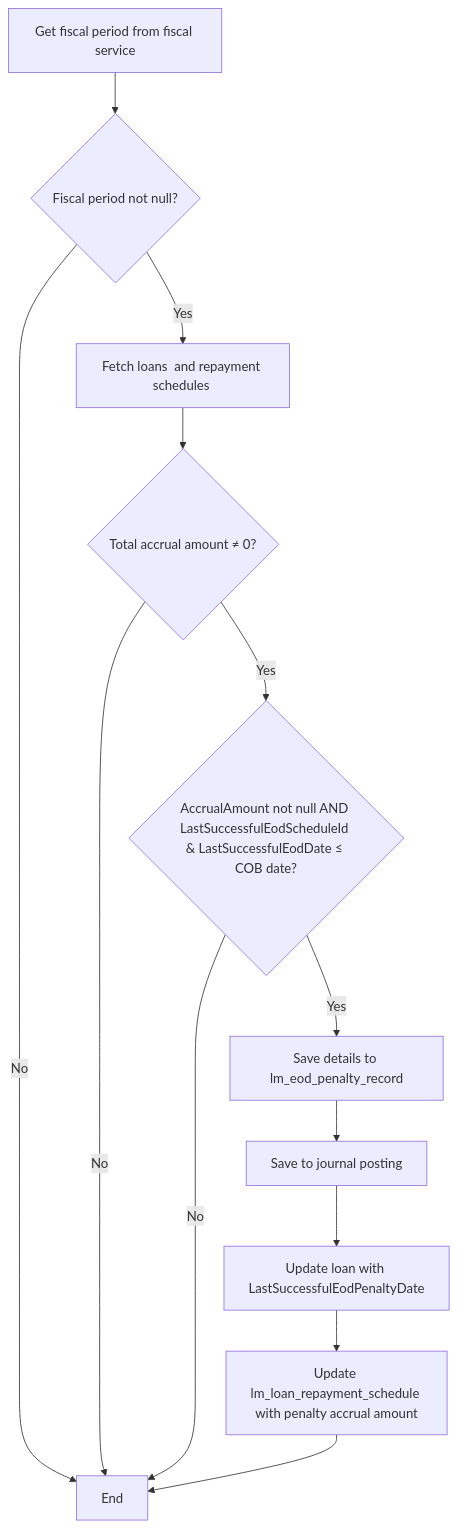
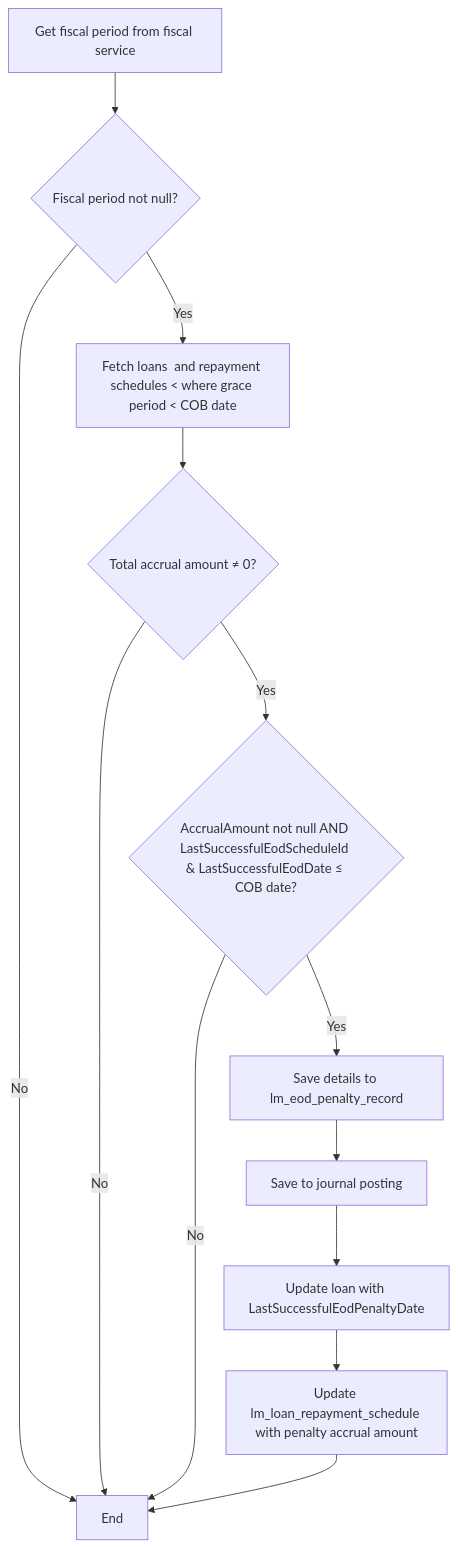
The second of 2 diagrams in loan_accrual_doc.md (Senjonnes/laon_accrual_doc), drawn with Mermaid before and after one commit.

````diff
--- a/loan_accrual_doc.md
+++ b/loan_accrual_doc.md
@@ -78,26 +78,26 @@
   ```mermaid
- flowchart TD
+flowchart TD
     A[Get fiscal period from fiscal service]
     B{Fiscal period not null?}
-    C[Fetch loans  and repayment schedules <where grace period < COB date]
+    C[Fetch loans  and repayment schedules < where grace period < COB date]
     D{Total accrual amount ≠ 0?}
     E{AccrualAmount not null AND LastSuccessfulEodScheduleId & LastSuccessfulEodDate ≤ COB date?}
     F[Save details to lm_eod_penalty_record]
     G[Save to journal posting]
     H[Update loan with LastSuccessfulEodPenaltyDate]
     I[Update lm_loan_repayment_schedule with penalty accrual amount]
     J[End]
 
     A --> B
     B -- Yes --> C
     B -- No --> J
     C --> D
     D -- Yes --> E
     D -- No --> J
     E -- Yes --> F
     E -- No --> J
     F --> G
     G --> H
     H --> I
     I --> J
 ```
````
